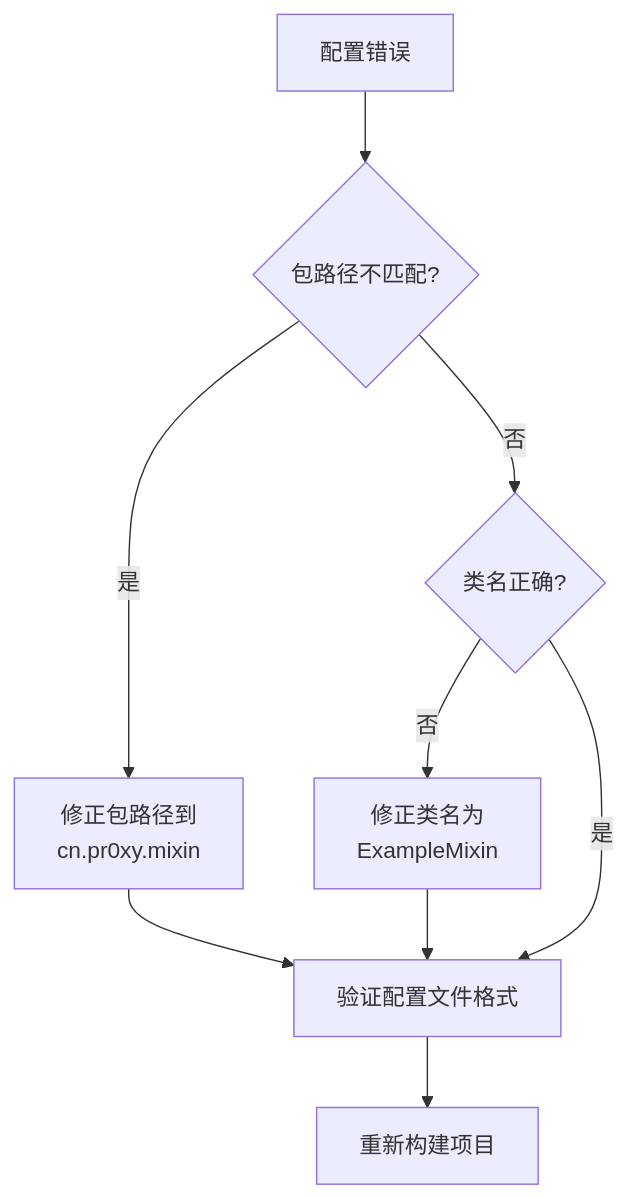
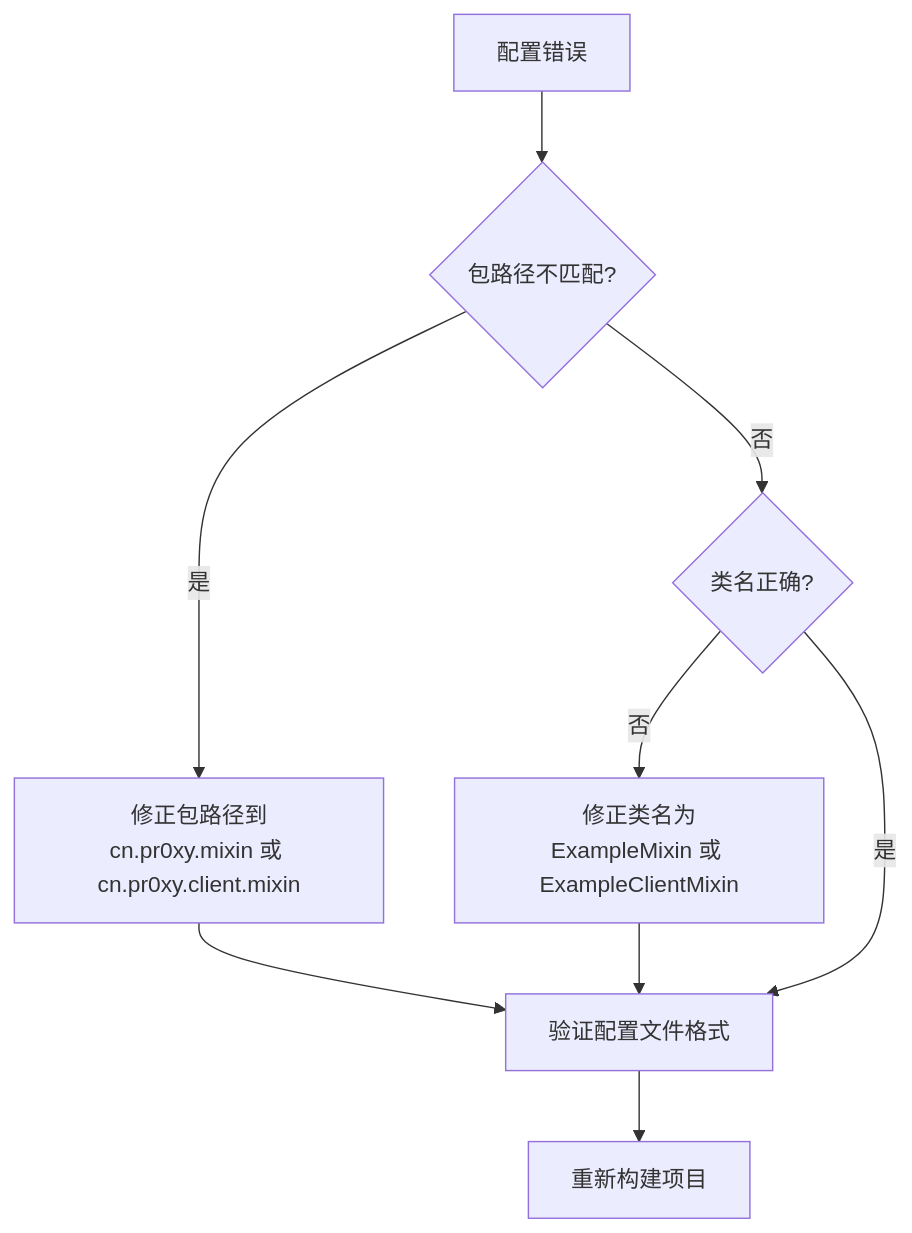
One commit to Manager20211/AxonBodyCam2 changed diagram 13 of 14 in .qoder/repowiki/zh/content/Mixin代码扩展系统/Mixin代码扩展系统.md. Above: the diagram before and after it, drawn with Mermaid. The commit also changed other lines of this file and 11 other files, not shown here.

````diff
--- a/.qoder/repowiki/zh/content/Mixin代码扩展系统/Mixin代码扩展系统.md
+++ b/.qoder/repowiki/zh/content/Mixin代码扩展系统/Mixin代码扩展系统.md
@@ -412,11 +541,11 @@
 ```mermaid
 flowchart TD
 ConfigError[配置错误] --> PathMismatch{包路径不匹配?}
-PathMismatch --> |是| FixPath["修正包路径到<br/>cn.pr0xy.mixin"]
+PathMismatch --> |是| FixPath["修正包路径到<br/>cn.pr0xy.mixin 或 cn.pr0xy.client.mixin"]
 PathMismatch --> |否| CheckClass{类名正确?}
-CheckClass --> |否| FixClass["修正类名为<br/>ExampleMixin"]
+CheckClass --> |否| FixClass["修正类名为<br/>ExampleMixin 或 ExampleClientMixin"]
 CheckClass --> |是| VerifyConfig["验证配置文件格式"]
 FixPath --> VerifyConfig
 FixClass --> VerifyConfig
 VerifyConfig --> Rebuild["重新构建项目"]
 ```
````
